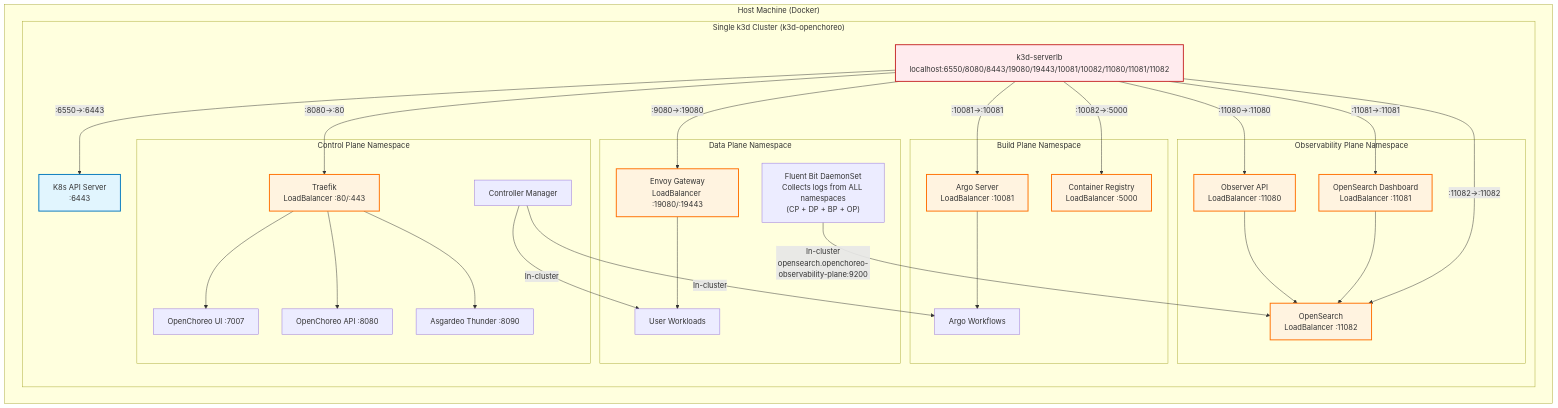
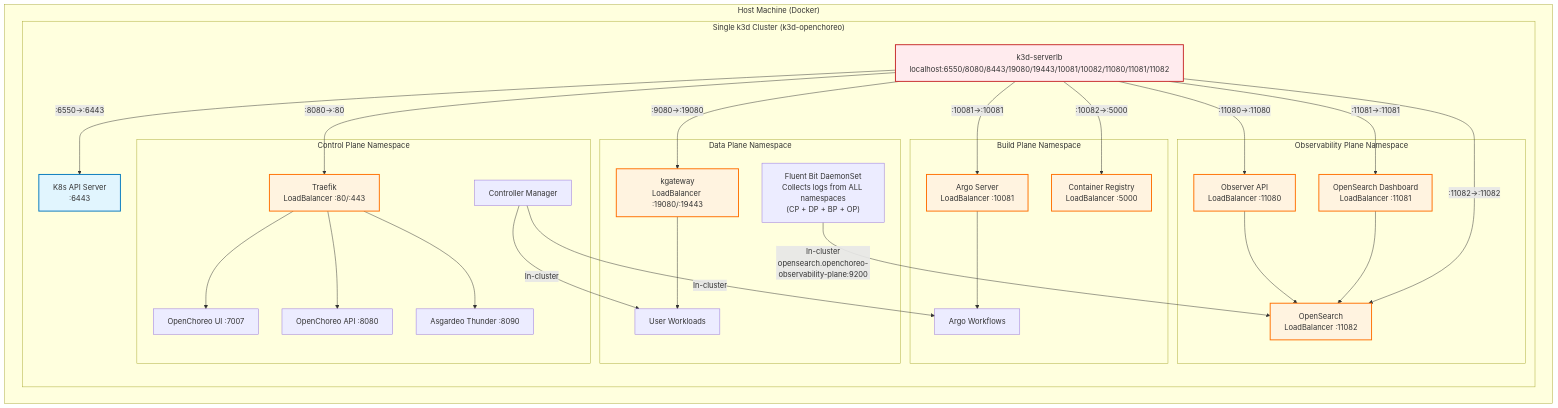
The diagram in install/k3d/single-cluster/README.md (openchoreo/openchoreo), drawn with Mermaid before and after one commit. The commit also changed other lines of this file and 7 other files, not shown here.

Commit message:
Change envoy gateway references to kgateway

````diff
--- a/install/k3d/single-cluster/README.md
+++ b/install/k3d/single-cluster/README.md
@@ -274,74 +274,74 @@
 ```mermaid
 graph TB
     subgraph "Host Machine (Docker)"
         subgraph "Single k3d Cluster (k3d-openchoreo)"
             ExtLB["k3d-serverlb<br/>localhost:6550/8080/8443/19080/19443/10081/10082/11080/11081/11082"]
             K8sAPI["K8s API Server<br/>:6443"]
 
             subgraph "Control Plane Namespace"
                 CP_IntLB["Traefik<br/>LoadBalancer :80/:443"]
                 CP["Controller Manager"]
                 API["OpenChoreo API :8080"]
                 UI["OpenChoreo UI :7007"]
                 Thunder["Asgardeo Thunder :8090"]
             end
 
             subgraph "Data Plane Namespace"
-                DP_IntLB["Envoy Gateway<br/>LoadBalancer :19080/:19443"]
+                DP_IntLB["kgateway<br/>LoadBalancer :19080/:19443"]
                 Workloads["User Workloads"]
                 FB_ALL["Fluent Bit DaemonSet<br/>Collects logs from ALL namespaces<br/>(CP + DP + BP + OP)"]
             end
 
             subgraph "Build Plane Namespace"
                 BP_IntLB["Argo Server<br/>LoadBalancer :10081"]
                 Registry["Container Registry<br/>LoadBalancer :5000"]
                 ArgoWF["Argo Workflows"]
             end
 
             subgraph "Observability Plane Namespace"
                 Observer["Observer API<br/>LoadBalancer :11080"]
                 OSD["OpenSearch Dashboard<br/>LoadBalancer :11081"]
                 OS["OpenSearch<br/>LoadBalancer :11082"]
             end
 
             %% External access via load balancer
             ExtLB -->|":6550→:6443"| K8sAPI
             ExtLB -->|":8080→:80"| CP_IntLB
             ExtLB -->|":9080→:19080"| DP_IntLB
             ExtLB -->|":10081→:10081"| BP_IntLB
             ExtLB -->|":10082→:5000"| Registry
             ExtLB -->|":11080→:11080"| Observer
             ExtLB -->|":11081→:11081"| OSD
             ExtLB -->|":11082→:11082"| OS
 
             %% Control plane internal routing
             CP_IntLB --> UI
             CP_IntLB --> API
             CP_IntLB --> Thunder
 
             %% Data plane internal routing
             DP_IntLB --> Workloads
             BP_IntLB --> ArgoWF
 
             %% Control plane to workload communication (in-cluster)
             CP -->|"In-cluster"| Workloads
             CP -->|"In-cluster"| ArgoWF
 
             %% Logging flow - ALL logs go through Data Plane FluentBit
             FB_ALL -->|"In-cluster<br/>opensearch.openchoreo-observability-plane:9200"| OS
 
             %% Observability internal
             Observer --> OS
             OSD --> OS
         end
     end
 
     %% Styling
     classDef extLbStyle fill:#ffebee,stroke:#c62828,stroke-width:2px
     classDef intLbStyle fill:#fff3e0,stroke:#ff6f00,stroke-width:2px
     classDef apiStyle fill:#e1f5fe,stroke:#0277bd,stroke-width:2px
 
     class ExtLB extLbStyle
     class CP_IntLB,DP_IntLB,BP_IntLB,Registry,Observer,OSD,OS intLbStyle
     class K8sAPI apiStyle
 ```
````
